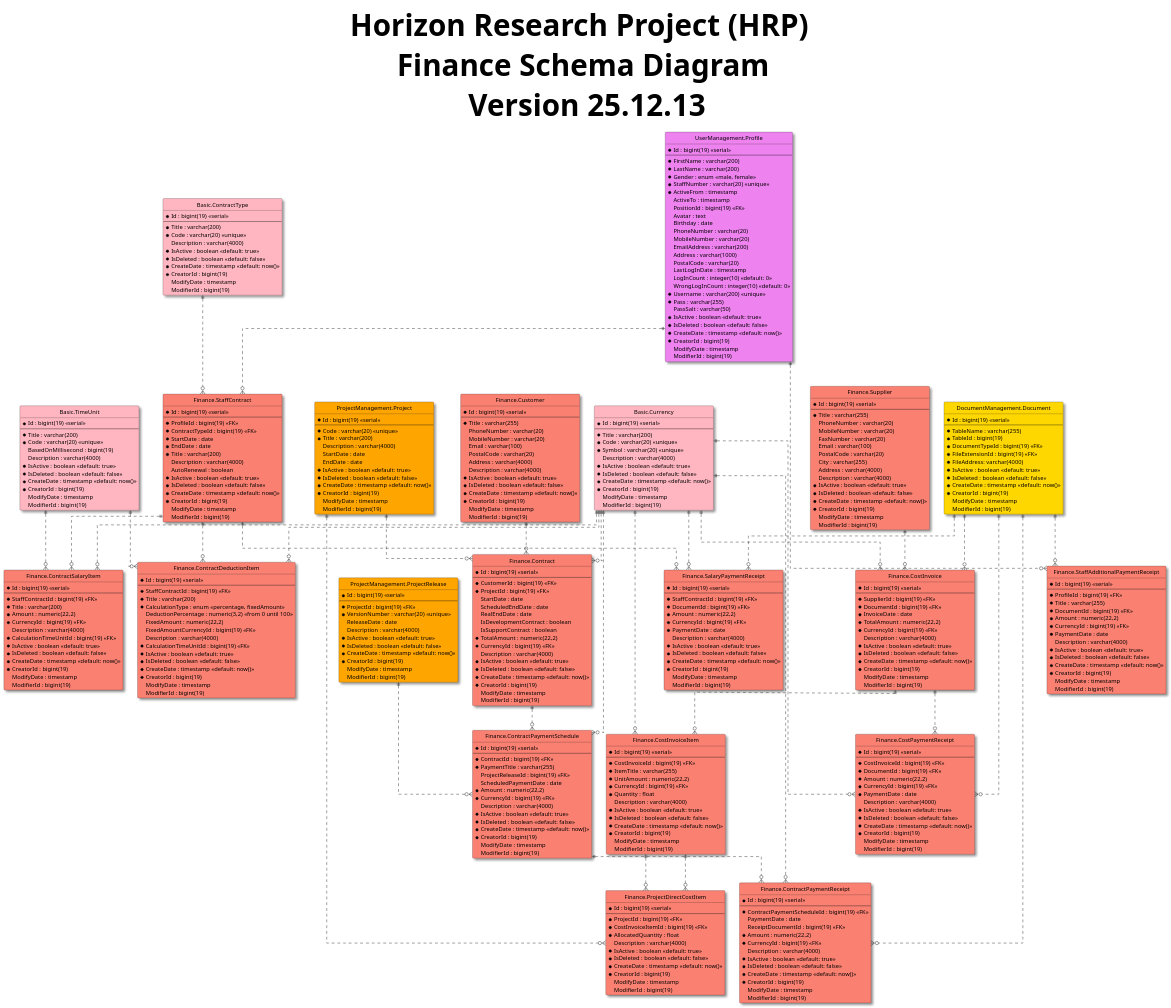
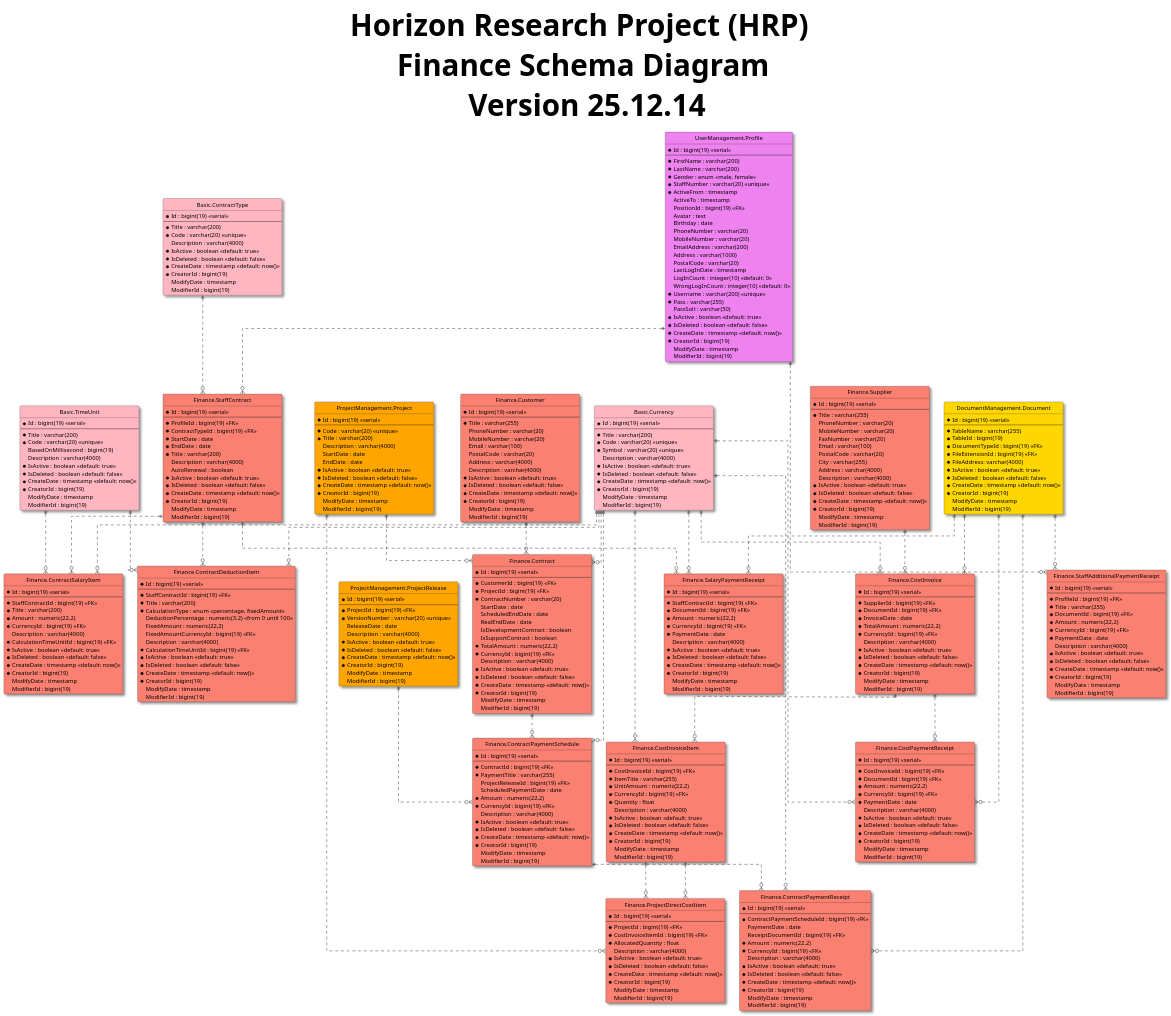
One commit to shadowfox1984/Horizon changed the diagram in 3-HorizonModeling/3.1-HorizonUml/ERD/Schemas/FinanceSchemaDiagram.puml. Above: the diagram before and after it, drawn with PlantUML. The commit also changed 20 other files, not shown here.

```diff
--- a/3-HorizonModeling/3.1-HorizonUml/ERD/Schemas/FinanceSchemaDiagram.puml
+++ b/3-HorizonModeling/3.1-HorizonUml/ERD/Schemas/FinanceSchemaDiagram.puml
@@ -5,7 +5,7 @@
 skinparam Shadowing True
 skinparam TitleFontSize 72pt
 
-title Horizon Research Project (HRP) \n Finance Schema Diagram \n Version 25.12.13
+title Horizon Research Project (HRP) \n Finance Schema Diagram \n Version 25.12.14
 
 entity "Basic.ContractType" as contractType #LightPink{
   *Id : bigint(19) <<serial>>
@@ -327,6 +327,7 @@
   --
   *CustomerId : bigint(19) <<FK>>
   *ProjectId : bigint(19) <<FK>>
+  *ContractNumber : varchar(20)
   StartDate : date
   ScheduledEndDate : date
   RealEndDate : date
```
